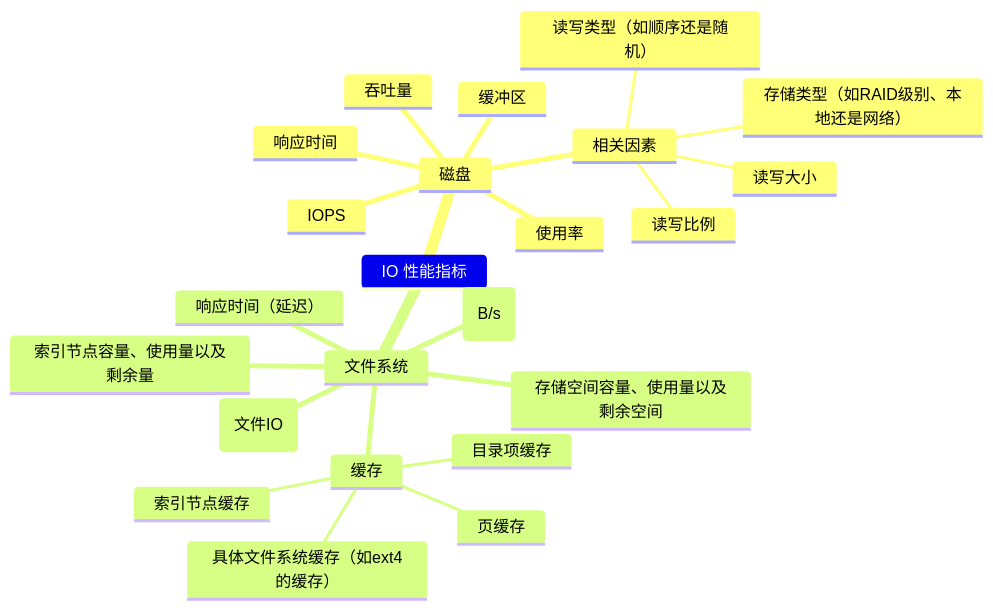
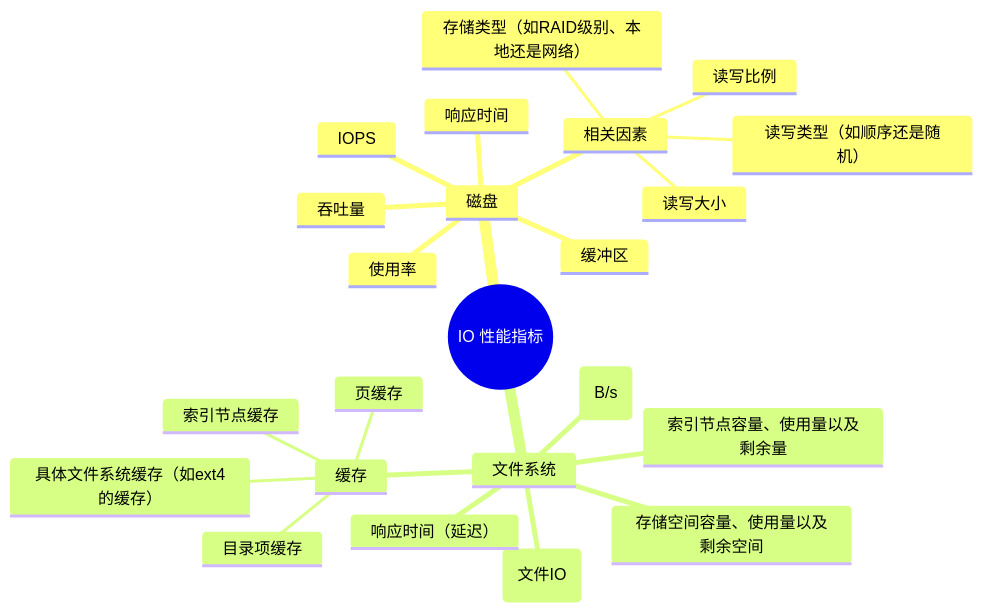
The second of 3 diagrams in doc/操作系统/linux/Linux性能优化.md (0xcaffebabe/note), drawn with Mermaid before and after one commit. The commit also changed other lines of this file and 12 other files, not shown here.

First line of the commit message:
docs(mindmap): 统一思维导图根节点格式

````diff
--- a/doc/操作系统/linux/Linux性能优化.md
+++ b/doc/操作系统/linux/Linux性能优化.md
@@ -193,26 +193,26 @@
 ```mermaid
 mindmap
-  IO 性能指标
+  root((IO 性能指标))
     磁盘
       使用率
       IOPS
       吞吐量
       响应时间
       缓冲区
       相关因素
         读写类型（如顺序还是随机）
         读写比例
         读写大小
         存储类型（如RAID级别、本地还是网络）
     文件系统
       存储空间容量、使用量以及剩余空间
       索引节点容量、使用量以及剩余量
       缓存
         页缓存
         目录项缓存
         索引节点缓存
         具体文件系统缓存（如ext4的缓存）
       IOPS(文件IO)
       响应时间（延迟）
       吞吐量(B/s)
 ```
````
